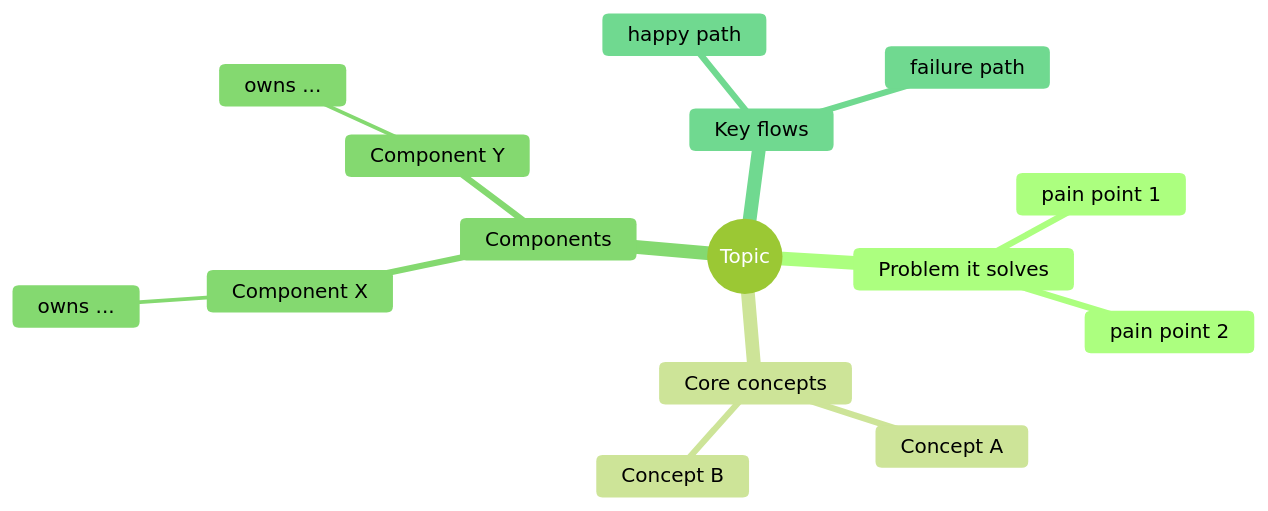
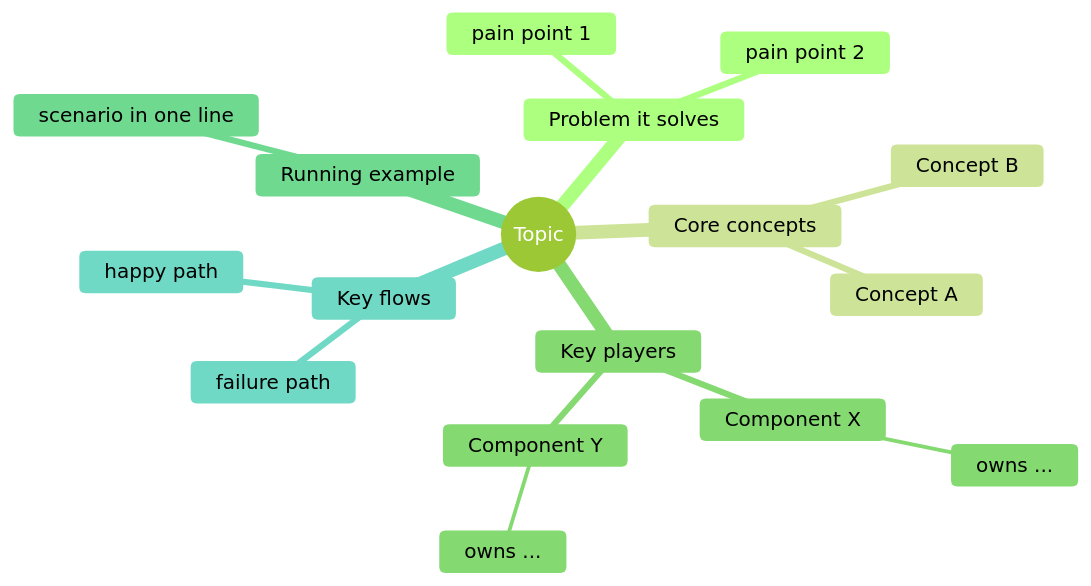
One commit to geekchow/work-notes changed the diagram in AI/cogntive-skill.md. Above: the diagram before and after it, drawn with Mermaid (forest theme). The commit also changed other lines of this file, not shown here.

````diff
--- a/AI/cogntive-skill.md
+++ b/AI/cogntive-skill.md
@@ -134,18 +170,20 @@
 ```mermaid
 mindmap
   root((Topic))
     Problem it solves
       pain point 1
       pain point 2
     Core concepts
       Concept A
       Concept B
-    Components
+    Key players
       Component X
         owns ...
       Component Y
         owns ...
+    Running example
+      scenario in one line
     Key flows
       happy path
       failure path
 ```
````
